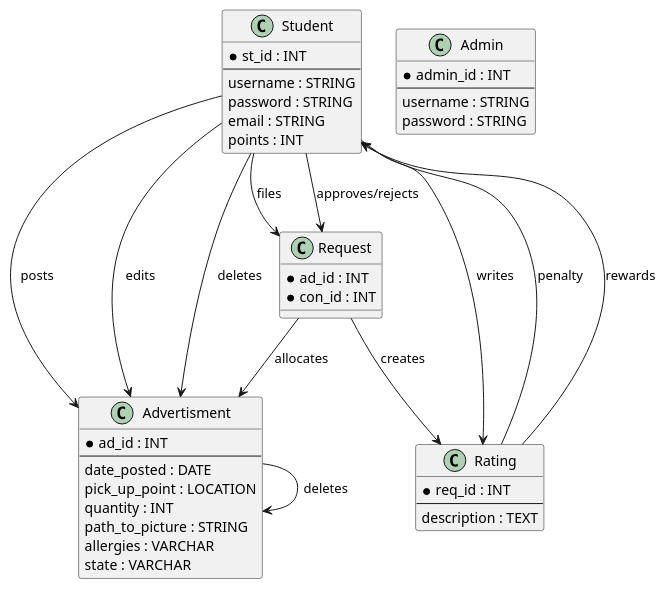
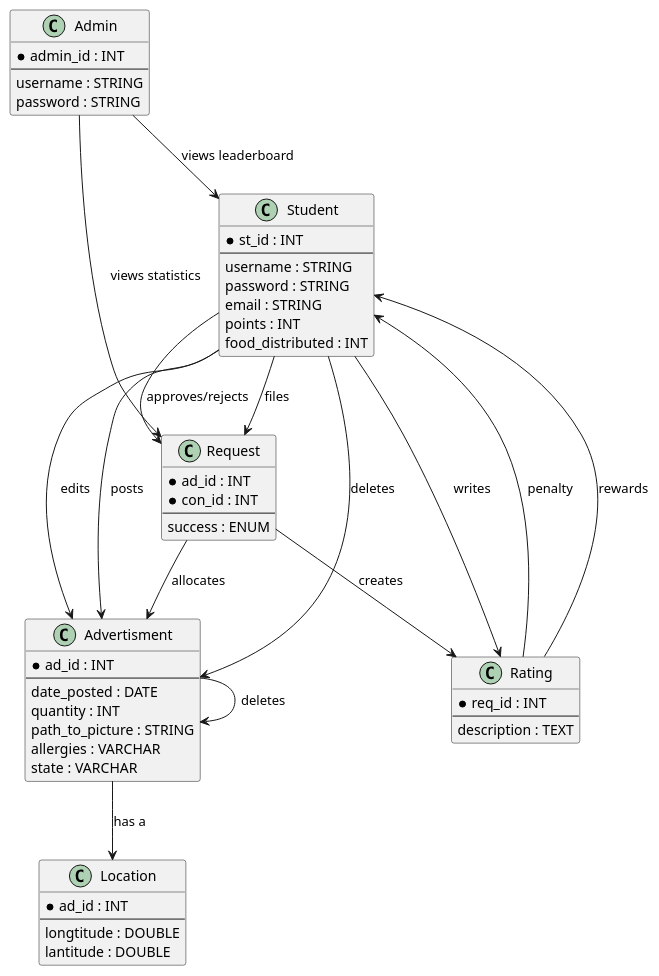
Before and after one commit to avrapavlos/UniBite: the diagram in ER.puml, drawn with PlantUML.

Commit message:
Data types are fine now... Their sizes are to be determined, the png will be updated once it's finished

```diff
--- a/ER.puml
+++ b/ER.puml
@@ -1,48 +1,60 @@
 @startuml ER 
 
 class Student {
     *st_id : INT
     --
     username : STRING
     password : STRING
     email : STRING
     points : INT
+    food_distributed : INT
 }
 class Advertisment {
     *ad_id : INT
     --
     date_posted : DATE 
-    pick_up_point : LOCATION
     quantity : INT
     path_to_picture : STRING
     allergies : VARCHAR
     state : VARCHAR
 }
 class Admin {
     *admin_id : INT
     --
     username : STRING
     password : STRING
 }
 class Request {
     *ad_id : INT
     *con_id : INT
+    --
+    success : ENUM
 }
 class Rating {
     *req_id : INT
     --
     description : TEXT 
+}
+
+class Location{
+    *ad_id : INT
+    --
+    longtitude : DOUBLE
+    lantitude : DOUBLE 
 }
 
 Student --> Advertisment : posts
 Student --> Advertisment : edits
 Student --> Advertisment : deletes
 Advertisment --> Advertisment : deletes
 Student --> Request : files
 Request --> Advertisment : allocates
 Student --> Request : approves/rejects
 Request --> Rating : creates
 Student --> Rating : writes
 Rating --> Student : penalty
 Rating --> Student : rewards
+Advertisment --> Location : has a
+Admin --> Request : views statistics
+Admin --> Student : views leaderboard
 @enduml 
```
